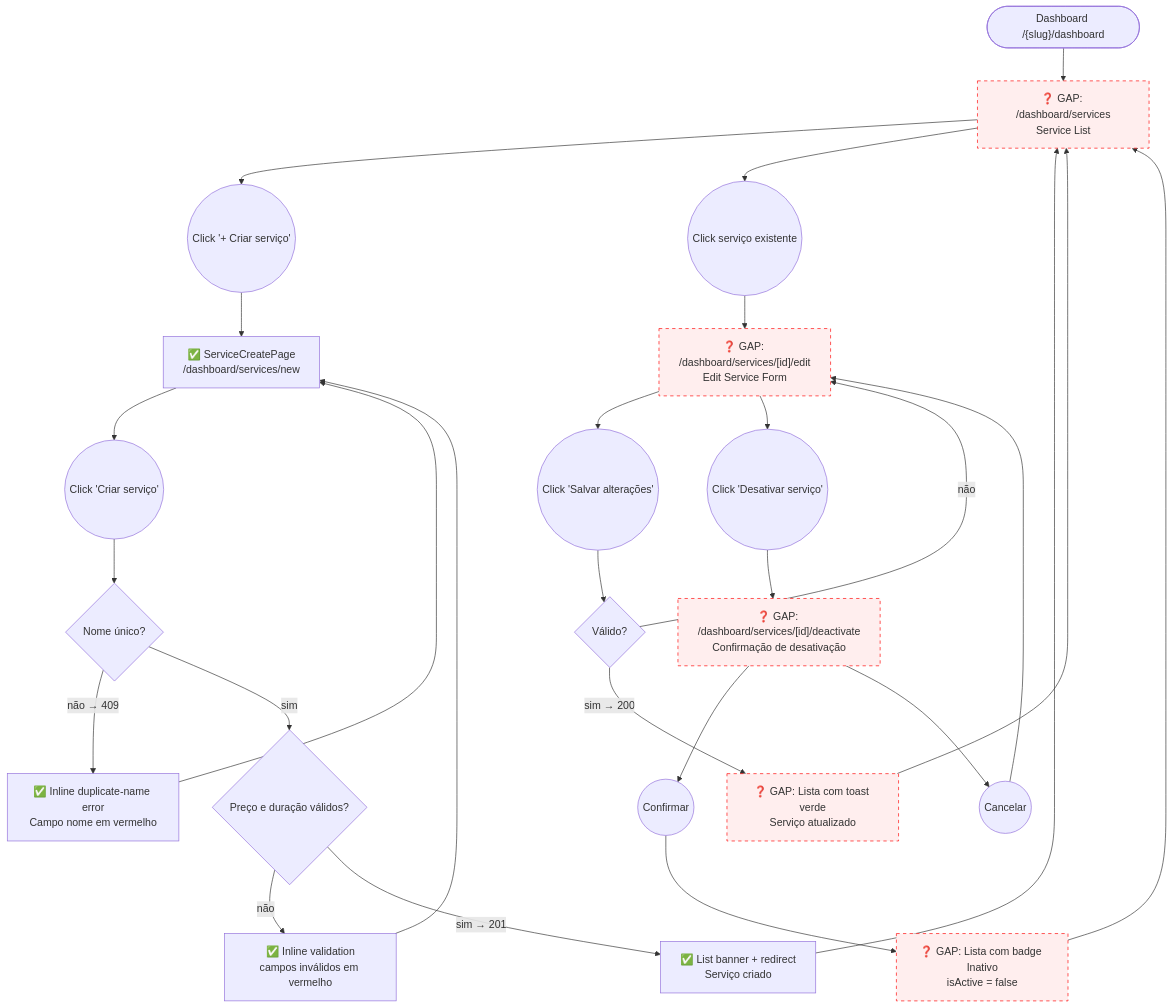
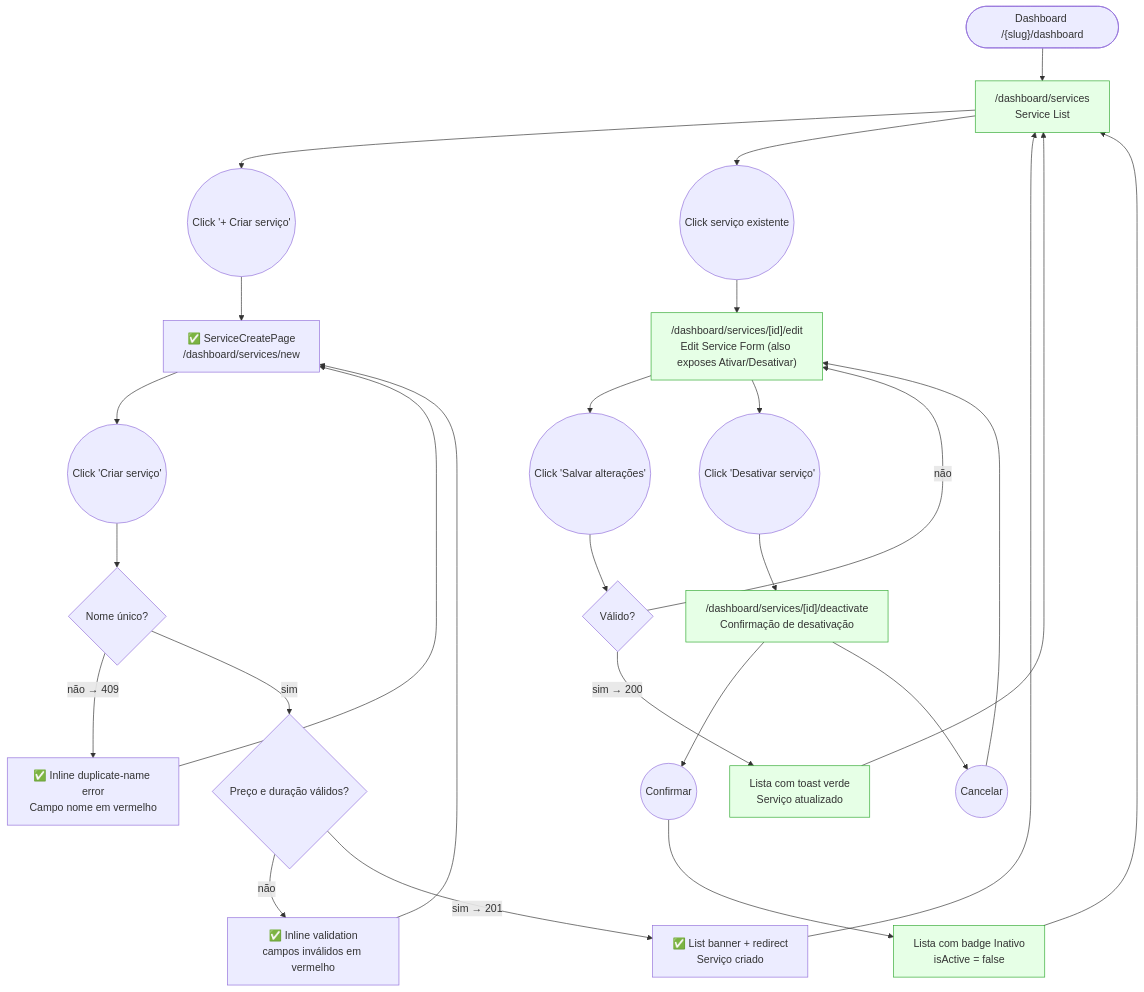
The diagram in plan/journey/staff/servicos.md (lmmoreira/ikaro), drawn with Mermaid before and after one commit. The commit also changed other lines of this file and 160 other files, not shown here.

````diff
--- a/plan/journey/staff/servicos.md
+++ b/plan/journey/staff/servicos.md
@@ -10,41 +10,41 @@
 ```mermaid
 flowchart TD
     classDef existing fill:#e6ffe6,stroke:#3a3
     classDef gap stroke:#f00,stroke-dasharray: 5 5,fill:#fee
 
-    Start(["Dashboard /{slug}/dashboard"]) --> List["❓ GAP: /dashboard/services<br/>Service List"]
+    Start(["Dashboard /{slug}/dashboard"]) --> List["/dashboard/services<br/>Service List"]
 
     List --> CreateBtn(("Click '+ Criar serviço'"))
     List --> EditClick(("Click serviço existente"))
 
     %% UC-012 — Create
     CreateBtn --> CreateForm["✅ ServiceCreatePage<br/>/dashboard/services/new"]
     CreateForm --> CreateSubmit(("Click 'Criar serviço'"))
     CreateSubmit --> NameCheck{"Nome único?"}
     NameCheck -- "não → 409" --> NameError["✅ Inline duplicate-name error<br/>Campo nome em vermelho"]
     NameError --> CreateForm
     NameCheck -- "sim" --> PriceCheck{"Preço e duração válidos?"}
     PriceCheck -- "não" --> ValError["✅ Inline validation<br/>campos inválidos em vermelho"]
     ValError --> CreateForm
     PriceCheck -- "sim → 201" --> CreateSuccess["✅ List banner + redirect<br/>Serviço criado"]
 
     %% UC-013 — Edit
-    EditClick --> EditForm["❓ GAP: /dashboard/services/[id]/edit<br/>Edit Service Form"]
+    EditClick --> EditForm["/dashboard/services/[id]/edit<br/>Edit Service Form (also exposes Ativar/Desativar)"]
     EditForm --> EditSubmit(("Click 'Salvar alterações'"))
     EditSubmit --> EditCheck{"Válido?"}
     EditCheck -- "não" --> EditForm
-    EditCheck -- "sim → 200" --> EditSuccess["❓ GAP: Lista com toast verde<br/>Serviço atualizado"]
+    EditCheck -- "sim → 200" --> EditSuccess["Lista com toast verde<br/>Serviço atualizado"]
 
     EditForm --> DeactivateBtn(("Click 'Desativar serviço'"))
-    DeactivateBtn --> DeactivateConfirm["❓ GAP: /dashboard/services/[id]/deactivate<br/>Confirmação de desativação"]
+    DeactivateBtn --> DeactivateConfirm["/dashboard/services/[id]/deactivate<br/>Confirmação de desativação"]
     DeactivateConfirm --> ConfirmYes(("Confirmar"))
     DeactivateConfirm --> ConfirmNo(("Cancelar"))
-    ConfirmYes --> DeactivateSuccess["❓ GAP: Lista com badge Inativo<br/>isActive = false"]
+    ConfirmYes --> DeactivateSuccess["Lista com badge Inativo<br/>isActive = false"]
     ConfirmNo --> EditForm
 
     CreateSuccess --> List
     EditSuccess --> List
     DeactivateSuccess --> List
 
-    class List,EditForm,DeactivateConfirm,EditSuccess,DeactivateSuccess gap
+    class List,EditForm,DeactivateConfirm,EditSuccess,DeactivateSuccess existing
 ```
````
